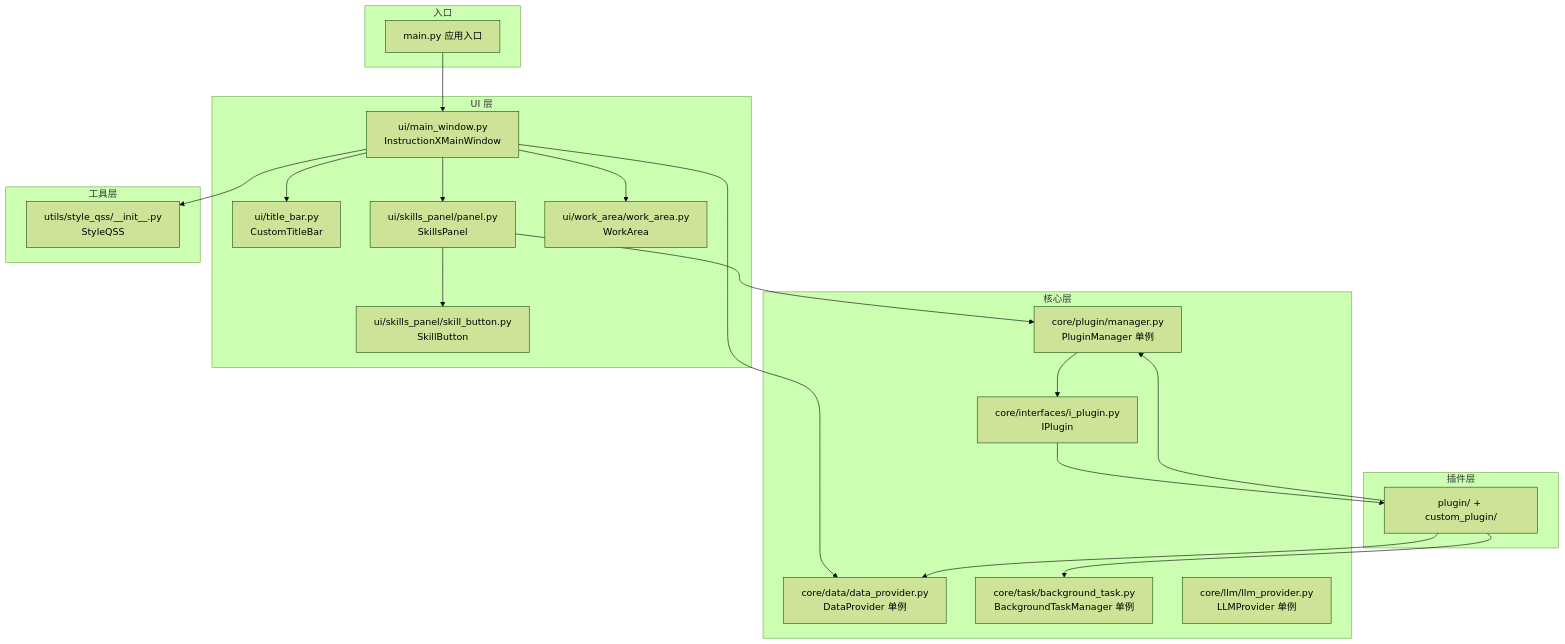
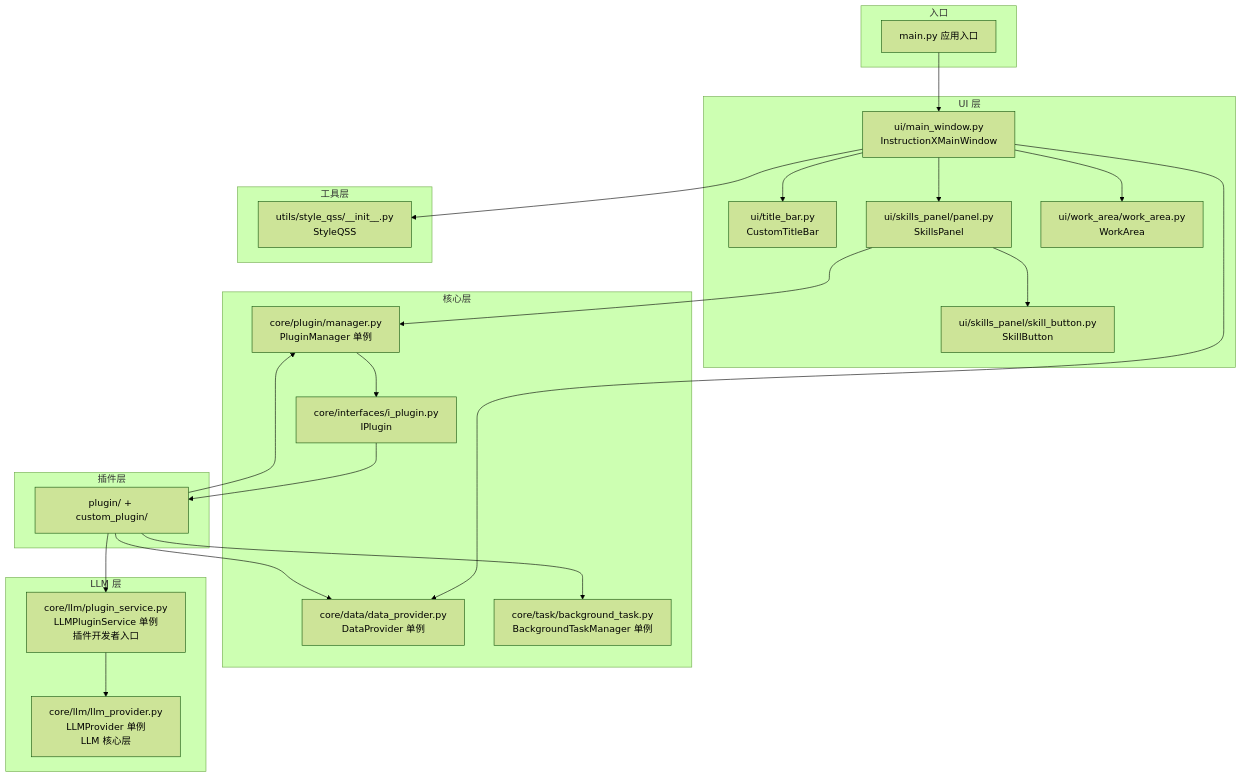
One commit to KKPIP-Tech/InstructionX changed the first of 5 diagrams in docs/architecture/module-dependencies.md. Above: the diagram before and after it, drawn with Mermaid (forest theme). The commit also changed other lines of this file and 21 other files, not shown here.

First line of the commit message:
docs: 同步文档与代码（LLM Provider / UI / 接口 / 架构）

````diff
--- a/docs/architecture/module-dependencies.md
+++ b/docs/architecture/module-dependencies.md
@@ -9,44 +9,50 @@
 ```mermaid
 graph TB
-    subgraph Entry["入口"]
+    subgraph Entry ["入口"]
         MAIN[main.py 应用入口]
     end
 
-    subgraph UI["UI 层"]
+    subgraph UI ["UI 层"]
         MW[ui/main_window.py<br/>InstructionXMainWindow]
         TB[ui/title_bar.py<br/>CustomTitleBar]
         SB[ui/skills_panel/skill_button.py<br/>SkillButton]
         SP[ui/skills_panel/panel.py<br/>SkillsPanel]
         WA[ui/work_area/work_area.py<br/>WorkArea]
     end
 
-    subgraph Core["核心层"]
+    subgraph Core ["核心层"]
         PM[core/plugin/manager.py<br/>PluginManager 单例]
         DP[core/data/data_provider.py<br/>DataProvider 单例]
         BTM[core/task/background_task.py<br/>BackgroundTaskManager 单例]
-        LLM[core/llm/llm_provider.py<br/>LLMProvider 单例]
         IPlugin[core/interfaces/i_plugin.py<br/>IPlugin]
     end
 
-    subgraph Utils["工具层"]
+    subgraph LLM ["LLM 层"]
+        LLMS[core/llm/plugin_service.py<br/>LLMPluginService 单例<br/>插件开发者入口]
+        LLMP[core/llm/llm_provider.py<br/>LLMProvider 单例<br/>LLM 核心层]
+        LLMS --> LLMP
+    end
+
+    subgraph Utils ["工具层"]
         STYLE[utils/style_qss/__init__.py<br/>StyleQSS]
     end
 
-    subgraph Plugins["插件层"]
+    subgraph Plugins ["插件层"]
         PLUGIN[plugin/ + custom_plugin/]
     end
 
     MAIN --> MW
     MW --> TB
     MW --> SP
     MW --> WA
     SP --> SB
     MW --> DP
     MW --> STYLE
     SP --> PM
     PM --> IPlugin
     IPlugin --> PLUGIN
     PLUGIN --> PM
     PLUGIN --> DP
     PLUGIN --> BTM
+    PLUGIN --> LLMS
 ```
````
